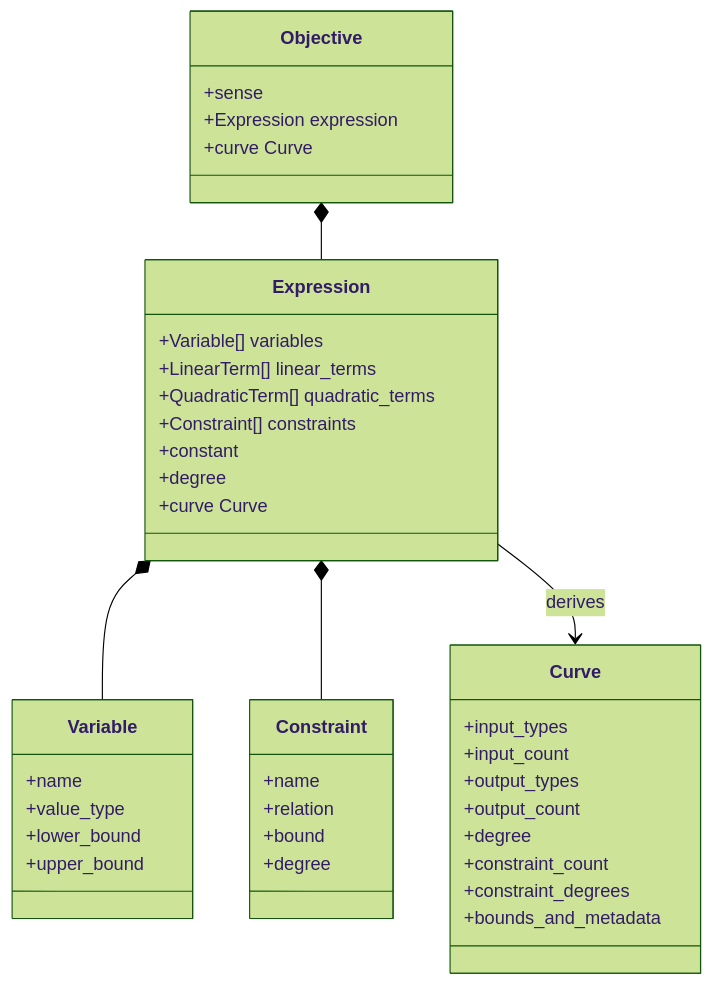
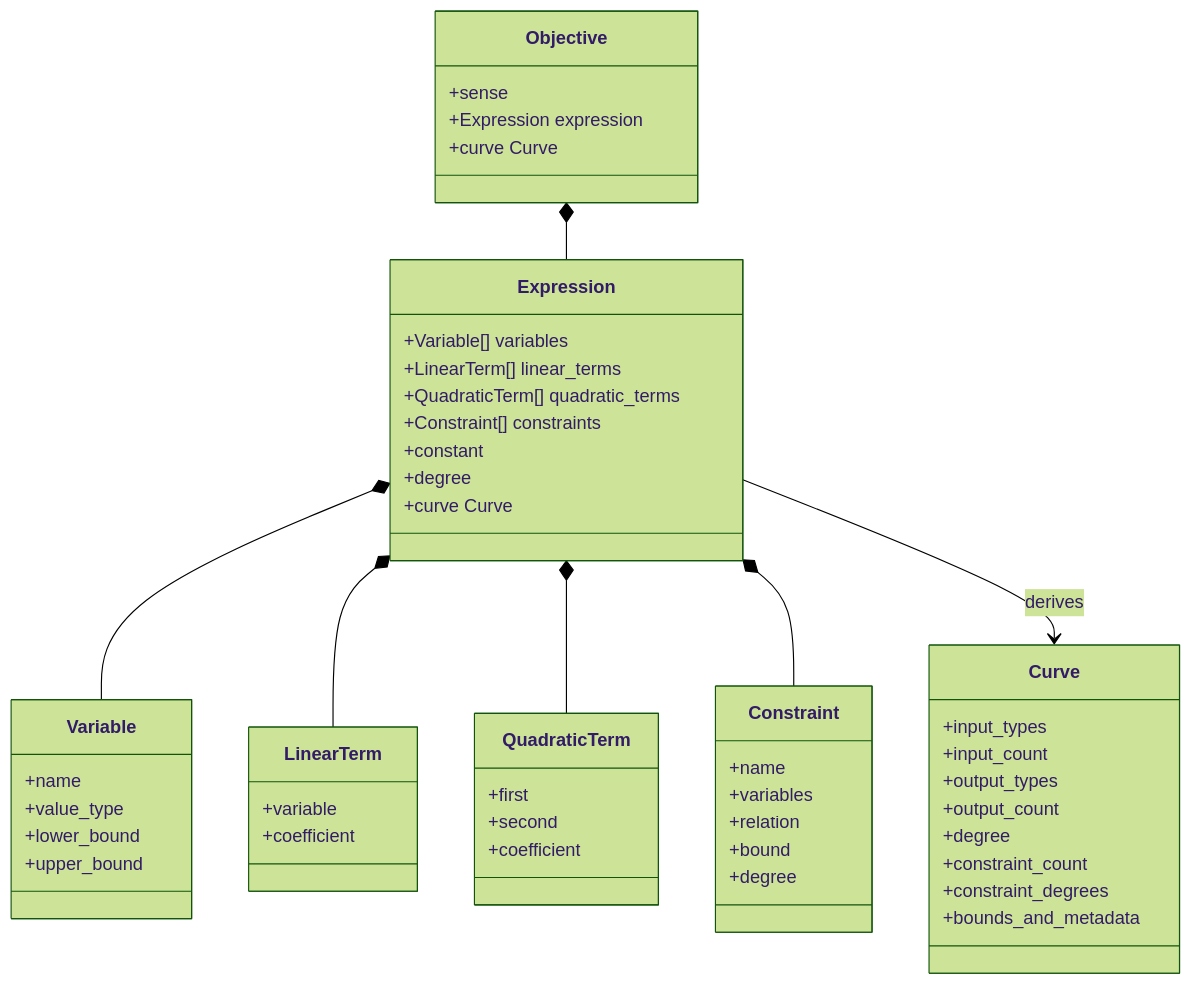
Before and after one commit to chin/hybrid-ai-quantum-platform: the sixth of 23 diagrams in docs/mermaid-object-collaboration.md, drawn with Mermaid (forest theme). The commit also changed other lines of this file and 66 other files, not shown here.

````diff
--- a/docs/mermaid-object-collaboration.md
+++ b/docs/mermaid-object-collaboration.md
@@ -102,48 +184,62 @@
 ```mermaid
 classDiagram
     class Objective {
         +sense
         +Expression expression
         +curve Curve
     }
 
     class Expression {
         +Variable[] variables
         +LinearTerm[] linear_terms
         +QuadraticTerm[] quadratic_terms
         +Constraint[] constraints
         +constant
         +degree
         +curve Curve
     }
 
     class Curve {
         +input_types
         +input_count
         +output_types
         +output_count
         +degree
         +constraint_count
         +constraint_degrees
         +bounds_and_metadata
     }
 
     class Variable {
         +name
         +value_type
         +lower_bound
         +upper_bound
     }
 
+    class LinearTerm {
+        +variable
+        +coefficient
+    }
+
+    class QuadraticTerm {
+        +first
+        +second
+        +coefficient
+    }
+
     class Constraint {
         +name
+        +variables
         +relation
         +bound
         +degree
     }
 
     Objective *-- Expression
     Expression *-- Variable
+    Expression *-- LinearTerm
+    Expression *-- QuadraticTerm
     Expression *-- Constraint
     Expression --> Curve : derives
 ```
````
